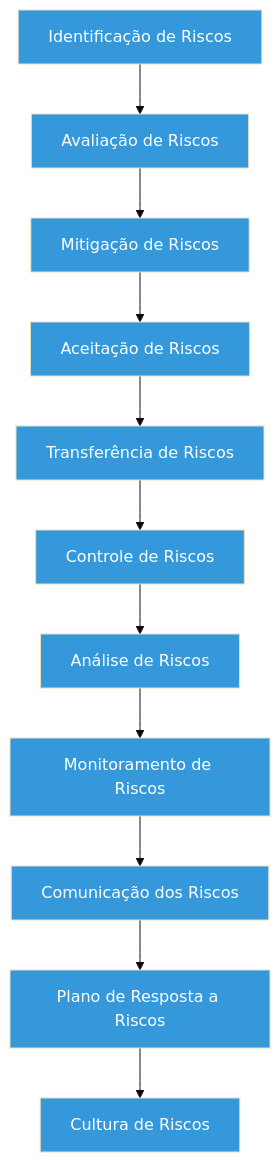
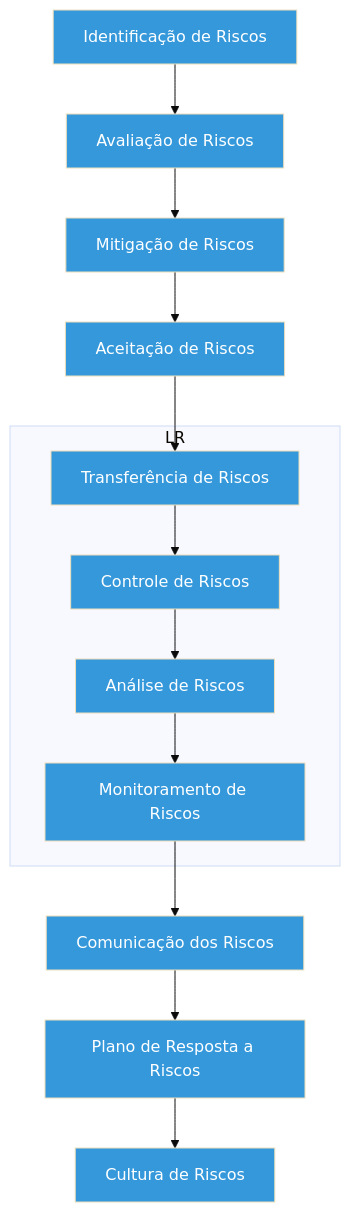
One commit to mehranmisaghi/cybersecurity changed the third of 3 diagrams in Risks/griscos.md. Above: the diagram before and after it, drawn with Mermaid (base theme).

````diff
--- a/Risks/griscos.md
+++ b/Risks/griscos.md
@@ -112,16 +112,18 @@
 ```mermaid
 flowchart TD
     A[Identificação de  Riscos] --> B[Avaliação de Riscos]
     B --> C[Mitigação de Riscos]
     C --> D[Aceitação de Riscos]
     D --> E[Transferência de Riscos]
-    E --> F[Controle de Riscos]
-    F --> G[Análise de Riscos]
-    G --> H[Monitoramento de Riscos]
+    subgraph LR
+        E --> F[Controle de Riscos]
+        F --> G[Análise de Riscos]
+        G --> H[Monitoramento de Riscos]
+    end
     H --> I[Comunicação dos Riscos]
     I --> J[Plano de Resposta a Riscos]
     J --> K[Cultura de Riscos]
 
 classDef etapa fill:#3498db,color:#fff
 class A,B,C,D,E,F,G,H,I,J,K etapa
 ```
````
